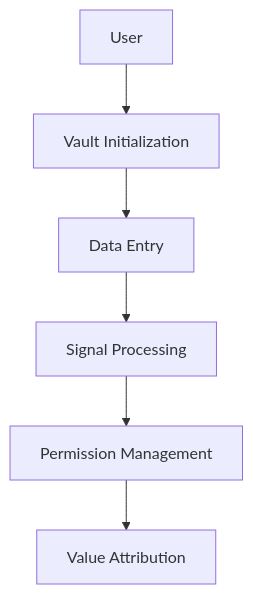
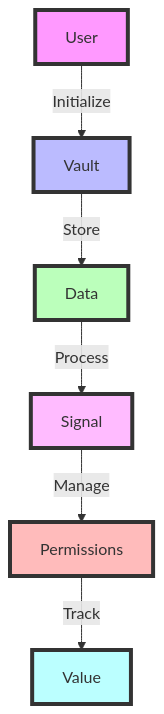
Before and after one commit to we-are-y/Y: the diagram in vault/README.md, drawn with Mermaid. The commit also changed other lines of this file, not shown here.

````diff
--- a/vault/README.md
+++ b/vault/README.md
@@ -51,8 +101,15 @@
 ```mermaid
 graph TD
-    A[User] --> B[Vault Initialization]
-    B --> C[Data Entry]
-    C --> D[Signal Processing]
-    D --> E[Permission Management]
-    E --> F[Value Attribution]
+    A[User] -->|Initialize| B[Vault]
+    B -->|Store| C[Data]
+    C -->|Process| D[Signal]
+    D -->|Manage| E[Permissions]
+    E -->|Track| F[Value]
+    
+    style A fill:#f9f,stroke:#333,stroke-width:4px
+    style B fill:#bbf,stroke:#333,stroke-width:4px
+    style C fill:#bfb,stroke:#333,stroke-width:4px
+    style D fill:#fbf,stroke:#333,stroke-width:4px
+    style E fill:#fbb,stroke:#333,stroke-width:4px
+    style F fill:#bff,stroke:#333,stroke-width:4px
 ```
````
